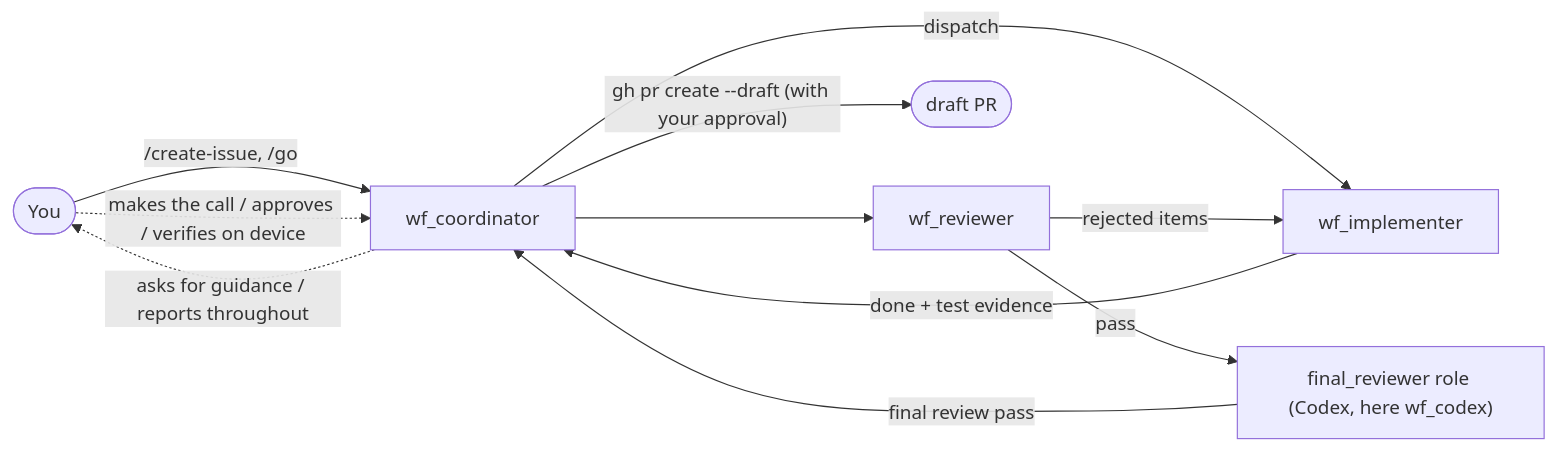
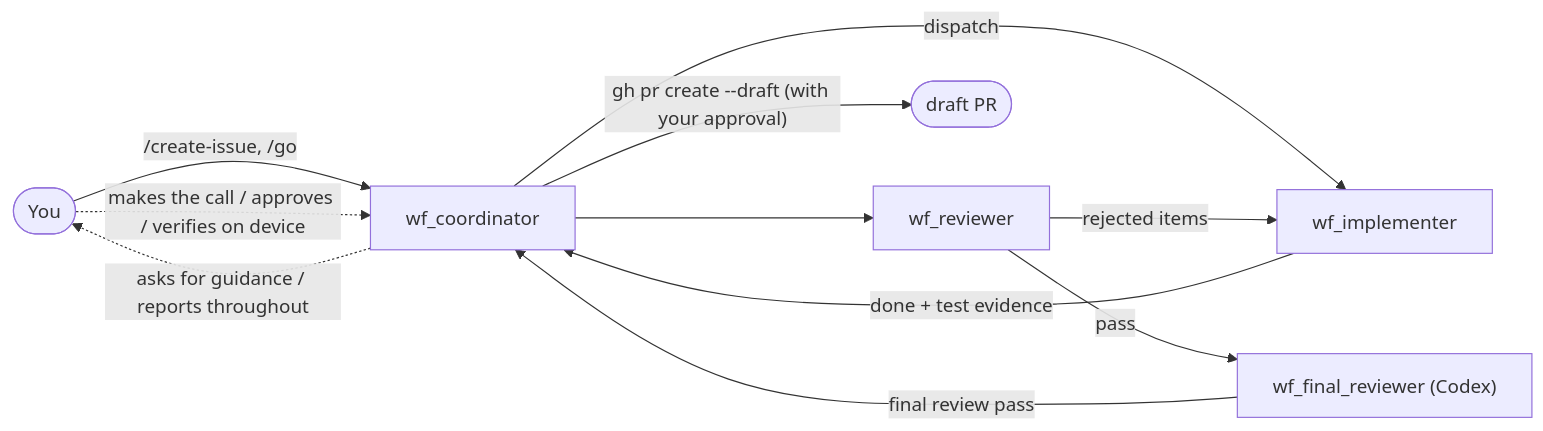
One commit to Project-Robius-China/robrix2 changed the diagram in book/en/src/part2/issue-workflow.md. Above: the diagram before and after it, drawn with Mermaid. The commit also changed other lines of this file and 42 other files, not shown here.

````diff
--- a/book/en/src/part2/issue-workflow.md
+++ b/book/en/src/part2/issue-workflow.md
@@ -16,13 +18,13 @@
 ```mermaid
 flowchart LR
     H([You]) -- "/create-issue, /go" --> C[wf_coordinator]
     C -- dispatch --> I[wf_implementer]
     I -- done + test evidence --> C
     C --> R[wf_reviewer]
     R -- rejected items --> I
-    R -- pass --> F["final_reviewer role (Codex, here wf_codex)"]
+    R -- pass --> F["wf_final_reviewer (Codex)"]
     F -- final review pass --> C
     C -- "gh pr create --draft (with your approval)" --> PR([draft PR])
     C -. asks for guidance / reports throughout .-> H
     H -. makes the call / approves / verifies on device .-> C
 ```
````
